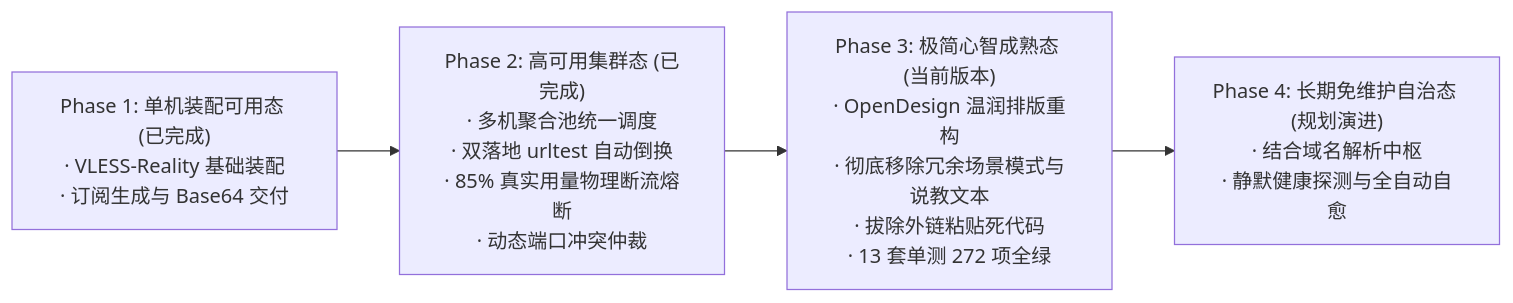
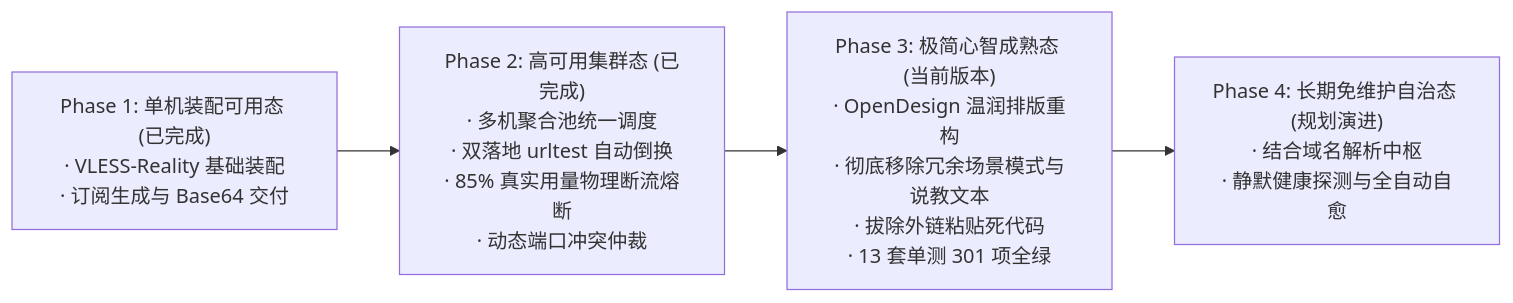
One commit to AdgaiWalker/VPN-OwnLine changed the third of 3 diagrams in docs/核心文档/02-产品规划-产品定位与全流程规划白皮书.md. Above: the diagram before and after it, drawn with Mermaid. The commit also changed other lines of this file and 8 other files, not shown here.

````diff
--- a/docs/核心文档/02-产品规划-产品定位与全流程规划白皮书.md
+++ b/docs/核心文档/02-产品规划-产品定位与全流程规划白皮书.md
@@ -118,9 +120,9 @@
 ```mermaid
 flowchart LR
     P1["Phase 1: 单机装配可用态 (已完成)<br/>· VLESS-Reality 基础装配<br/>· 订阅生成与 Base64 交付"]
     P2["Phase 2: 高可用集群态 (已完成)<br/>· 多机聚合池统一调度<br/>· 双落地 urltest 自动倒换<br/>· 85% 真实用量物理断流熔断<br/>· 动态端口冲突仲裁"]
-    P3["Phase 3: 极简心智成熟态 (当前版本)<br/>· OpenDesign 温润排版重构<br/>· 彻底移除冗余场景模式与说教文本<br/>· 拔除外链粘贴死代码<br/>· 13 套单测 272 项全绿"]
+    P3["Phase 3: 极简心智成熟态 (当前版本)<br/>· OpenDesign 温润排版重构<br/>· 彻底移除冗余场景模式与说教文本<br/>· 拔除外链粘贴死代码<br/>· 13 套单测 301 项全绿"]
     P4["Phase 4: 长期免维护自治态 (规划演进)<br/>· 结合域名解析中枢<br/>· 静默健康探测与全自动自愈"]
 
     P1 --> P2 --> P3 --> P4
 ```
````
